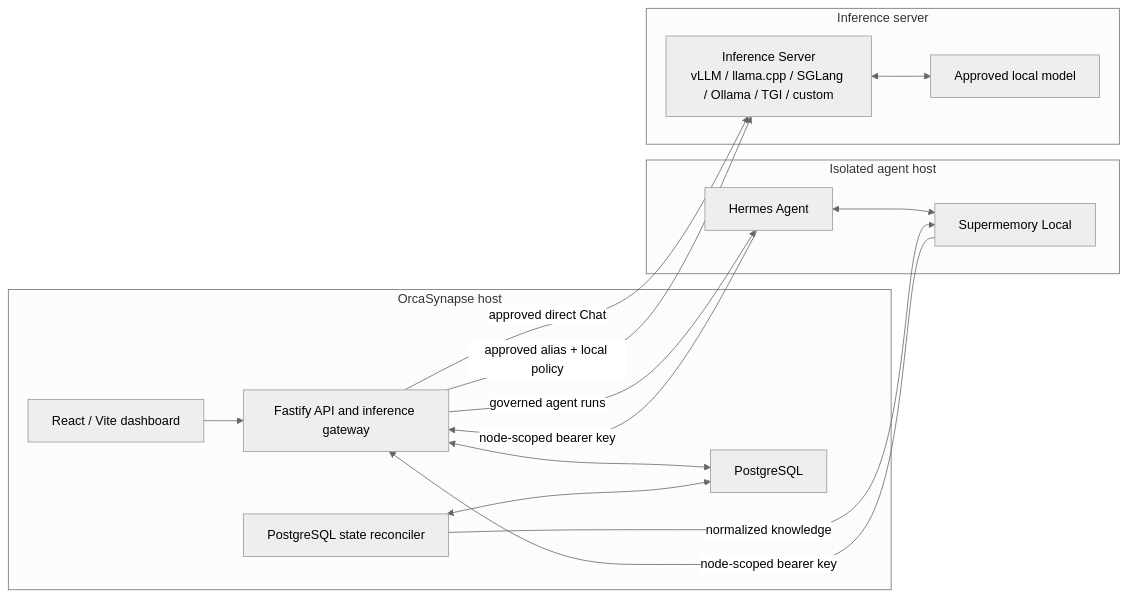
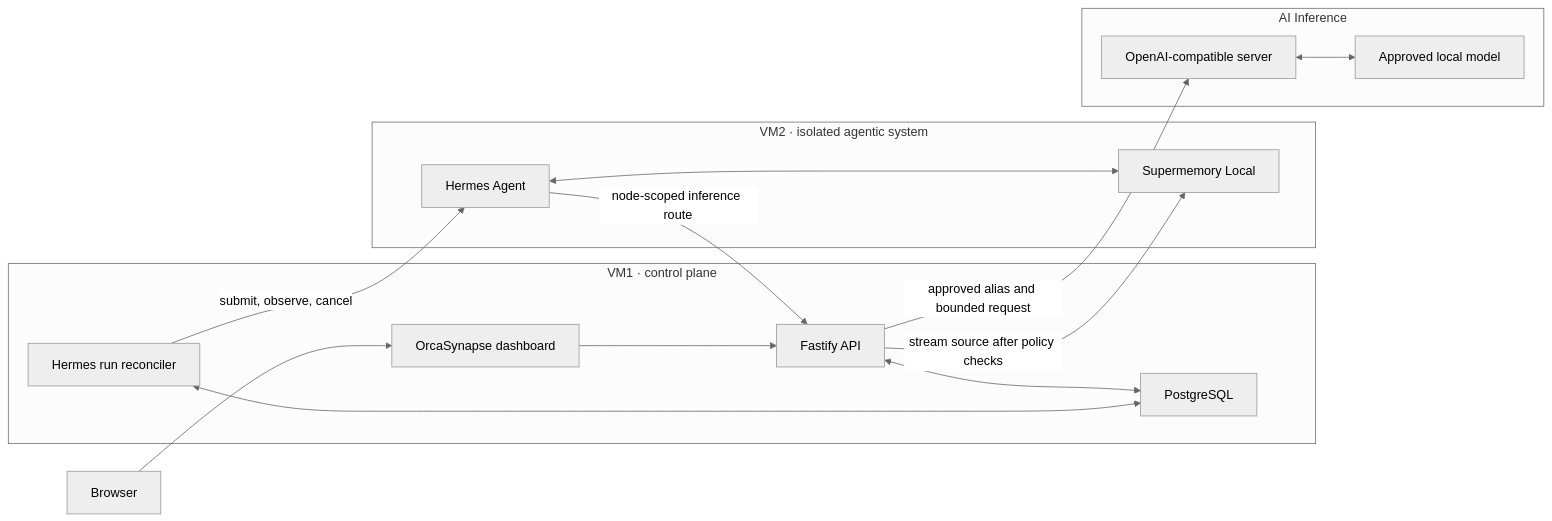
Before and after one commit to multichainerz/AI: the diagram in docs/ARCHITECTURE.md, drawn with Mermaid (neutral theme). The commit also changed other lines of this file and 98 other files, not shown here.

````diff
--- a/docs/ARCHITECTURE.md
+++ b/docs/ARCHITECTURE.md
@@ -5,31 +7,23 @@
 ```mermaid
 flowchart LR
-  subgraph VM1["OrcaSynapse host"]
-    WEB["React / Vite dashboard"]
-    API["Fastify API and inference gateway"]
-    WORKER["PostgreSQL state reconciler"]
-    PG["PostgreSQL"]
-    WEB --> API
-    API <--> PG
-    WORKER <--> PG
+  USER["Browser"] --> WEB["OrcaSynapse dashboard"]
+
+  subgraph VM1["VM1 · control plane"]
+    WEB --> API["Fastify API"]
+    API <--> PG["PostgreSQL"]
+    WORKER["Hermes run reconciler"] <--> PG
   end
 
-  subgraph VM2["Isolated agent host"]
-    HERMES["Hermes Agent"]
-    SM["Supermemory Local"]
-    HERMES <--> SM
+  subgraph VM2["VM2 · isolated agentic system"]
+    HERMES["Hermes Agent"] <--> SM["Supermemory Local"]
   end
 
-  subgraph GPU["Inference server"]
-    INFERENCE["Inference Server<br/>vLLM / llama.cpp / SGLang / Ollama / TGI / custom"]
-    MODEL["Approved local model"]
-    INFERENCE <--> MODEL
+  subgraph GPU["AI Inference"]
+    SERVER["OpenAI-compatible server"] <--> MODEL["Approved local model"]
   end
 
-  API -->|"approved direct Chat"| INFERENCE
-  API -->|"governed agent runs"| HERMES
-  HERMES -->|"node-scoped bearer key"| API
-  SM -->|"node-scoped bearer key"| API
-  API -->|"approved alias + local policy"| INFERENCE
-  WORKER -->|"normalized knowledge"| SM
+  API -->|"stream source after policy checks"| SM
+  WORKER -->|"submit, observe, cancel"| HERMES
+  HERMES -->|"node-scoped inference route"| API
+  API -->|"approved alias and bounded request"| SERVER
 ```
````
